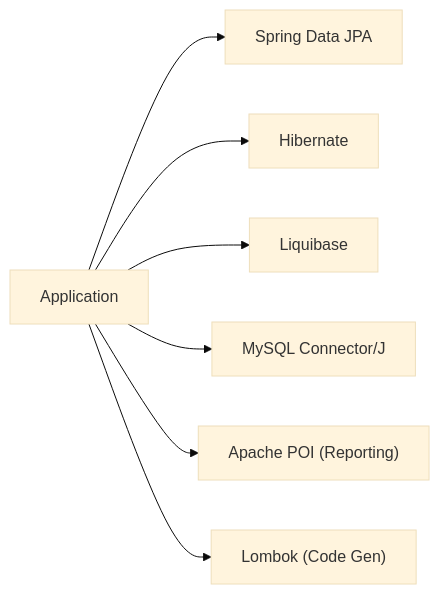
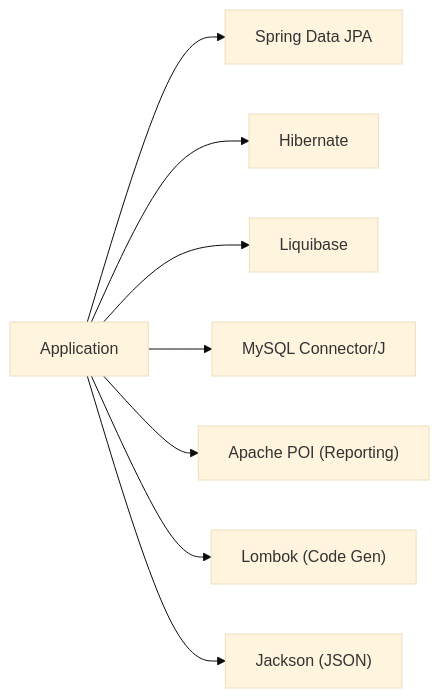
One commit to Vissel/badminton-court-management changed diagram 12 of 12 in .qoder/repowiki/en/content/Data Management & Persistence.md. Above: the diagram before and after it, drawn with Mermaid (base theme). The commit also changed other lines of this file and 11 other files, not shown here.

````diff
--- a/.qoder/repowiki/en/content/Data Management & Persistence.md
+++ b/.qoder/repowiki/en/content/Data Management & Persistence.md
@@ -605,9 +836,10 @@
 ```mermaid
 graph LR
 App["Application"] --> SDJ["Spring Data JPA"]
 App --> HIB["Hibernate"]
 App --> LB["Liquibase"]
 App --> MYSQL["MySQL Connector/J"]
 App --> POI["Apache POI (Reporting)"]
 App --> LOMBOK["Lombok (Code Gen)"]
+App --> JACKSON["Jackson (JSON)"]
 ```
````
